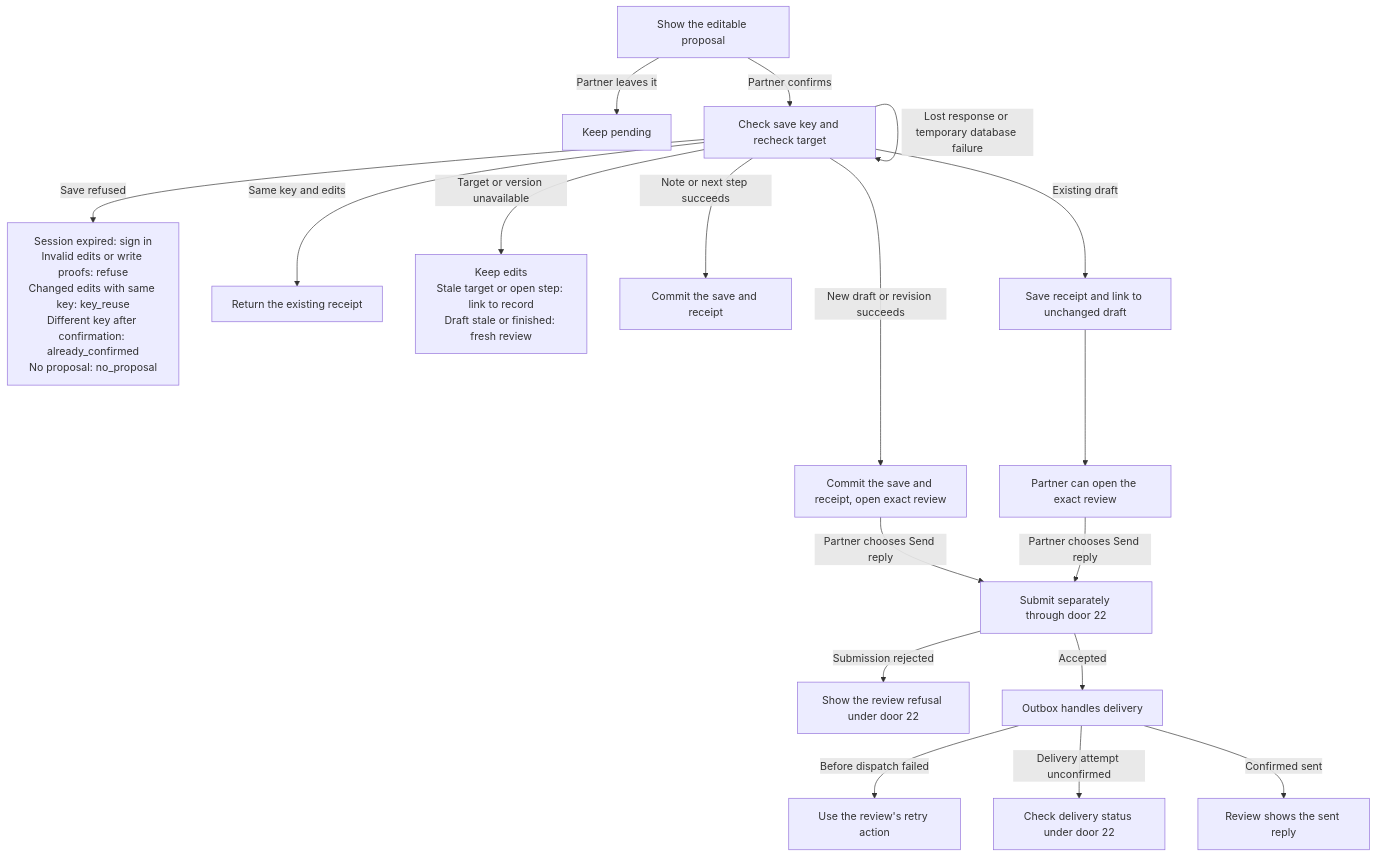
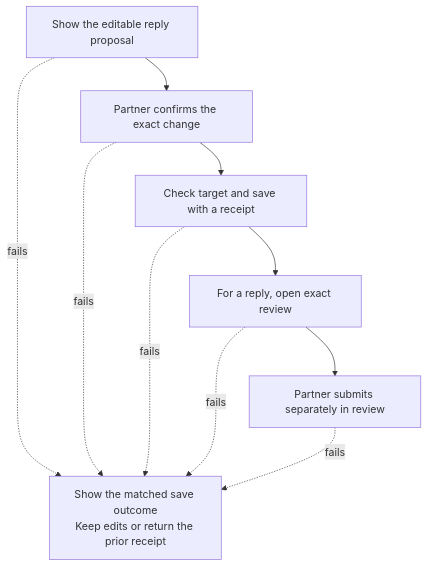
The second of 4 diagrams in docs/doc-harness/flows.md (DoctorCRE/doctorcre-engine), drawn with Mermaid before and after one commit. The commit also changed other lines of this file and 9 other files, not shown here.

````diff
--- a/docs/doc-harness/flows.md
+++ b/docs/doc-harness/flows.md
@@ -74,20 +32,12 @@
 ```mermaid
 flowchart TD
-    Card["Show the editable proposal"] -->|Partner leaves it| Pending["Keep pending"]
-    Card -->|Partner confirms| Check["Check save key and recheck target"]
-    Check -->|Lost response or temporary database failure| Check
-    Check -->|Save refused| Refuse["Session expired: sign in<br/>Invalid edits or write proofs: refuse<br/>Changed edits with same key: key_reuse<br/>Different key after confirmation: already_confirmed<br/>No proposal: no_proposal"]
-    Check -->|Same key and edits| Receipt["Return the existing receipt"]
-    Check -->|Target or version unavailable| Record["Keep edits<br/>Stale target or open step: link to record<br/>Draft stale or finished: fresh review"]
-    Check -->|Note or next step succeeds| Save["Commit the save and receipt"]
-    Check -->|New draft or revision succeeds| Review["Commit the save and receipt, open exact review"]
-    Check -->|Existing draft| Existing["Save receipt and link to unchanged draft"]
-    Existing --> ReviewExisting["Partner can open the exact review"]
-    Review -->|Partner chooses Send reply| Send["Submit separately through door 22"]
-    ReviewExisting -->|Partner chooses Send reply| Send
-    Send -->|Submission rejected| Rejected["Show the review refusal under door 22"]
-    Send -->|Accepted| Outbox["Outbox handles delivery"]
-    Outbox -->|Before dispatch failed| Retryable["Use the review's retry action"]
-    Outbox -->|Delivery attempt unconfirmed| Uncertain["Check delivery status under door 22"]
-    Outbox -->|Confirmed sent| Sent["Review shows the sent reply"]
+  Card["Show the editable reply proposal"] --> Confirm["Partner confirms the exact change"]
+  Confirm --> Save["Check target and save with a receipt"]
+  Save --> Review["For a reply, open exact review"]
+  Review --> Send["Partner submits separately in review"]
+  Card -. fails .-> Exit["Show the matched save outcome<br/>Keep edits or return the prior receipt"]
+  Confirm -. fails .-> Exit
+  Save -. fails .-> Exit
+  Review -. fails .-> Exit
+  Send -. fails .-> Exit
 ```
````
